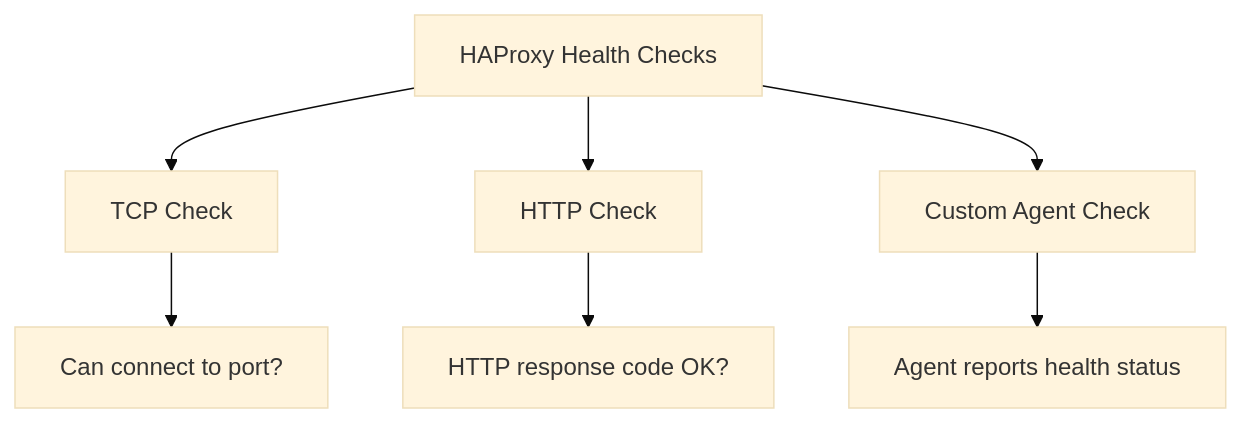
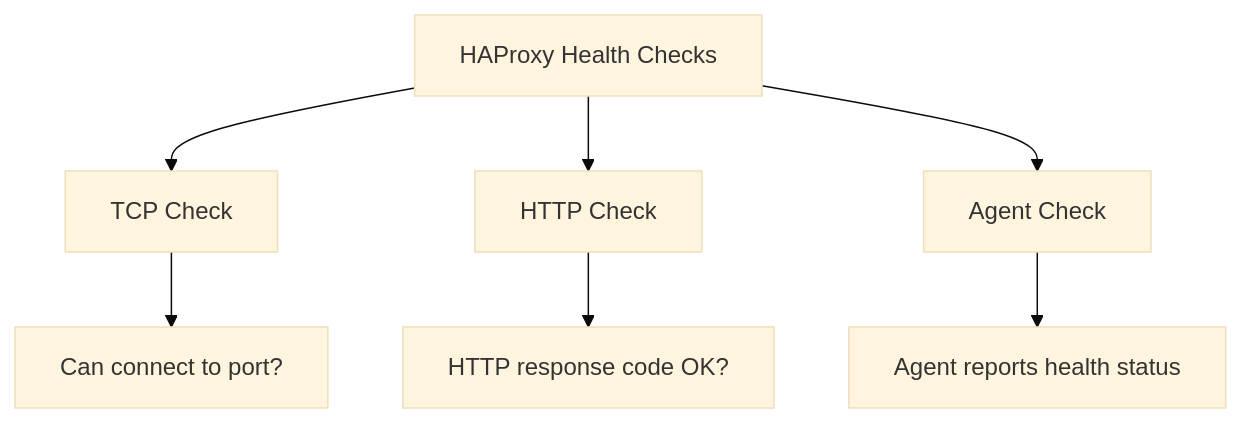
The diagram in posts/2026-03-04-configure-haproxy-health-checks-rhel-9/README.md (OneUptime/blog), drawn with Mermaid (base theme) before and after one commit. The commit also changed other lines of this file and 2 other files, not shown here.

````diff
--- a/posts/2026-03-04-configure-haproxy-health-checks-rhel-9/README.md
+++ b/posts/2026-03-04-configure-haproxy-health-checks-rhel-9/README.md
@@ -21,9 +21,9 @@
 ```mermaid
 graph TD
     A[HAProxy Health Checks] --> B[TCP Check]
     A --> C[HTTP Check]
-    A --> D[Custom Agent Check]
+    A --> D[Agent Check]
     B --> E[Can connect to port?]
     C --> F[HTTP response code OK?]
     D --> G[Agent reports health status]
 ```
````
